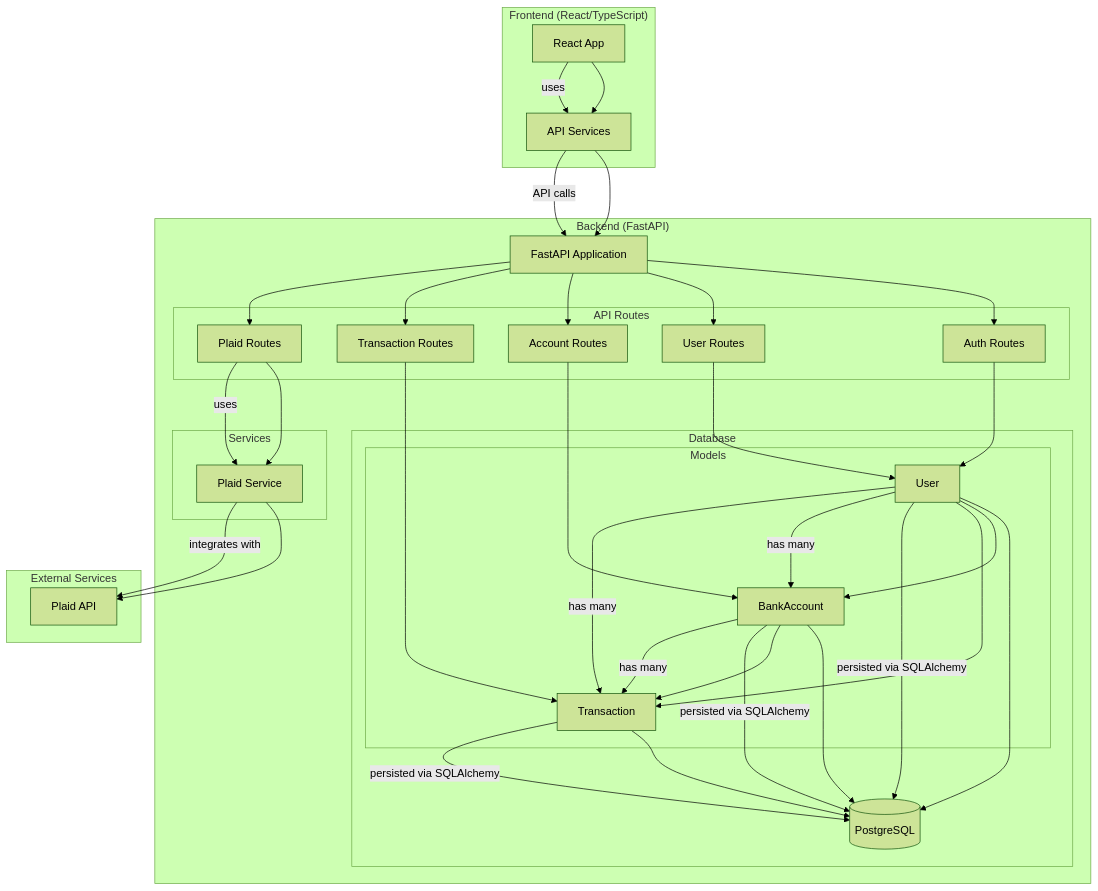
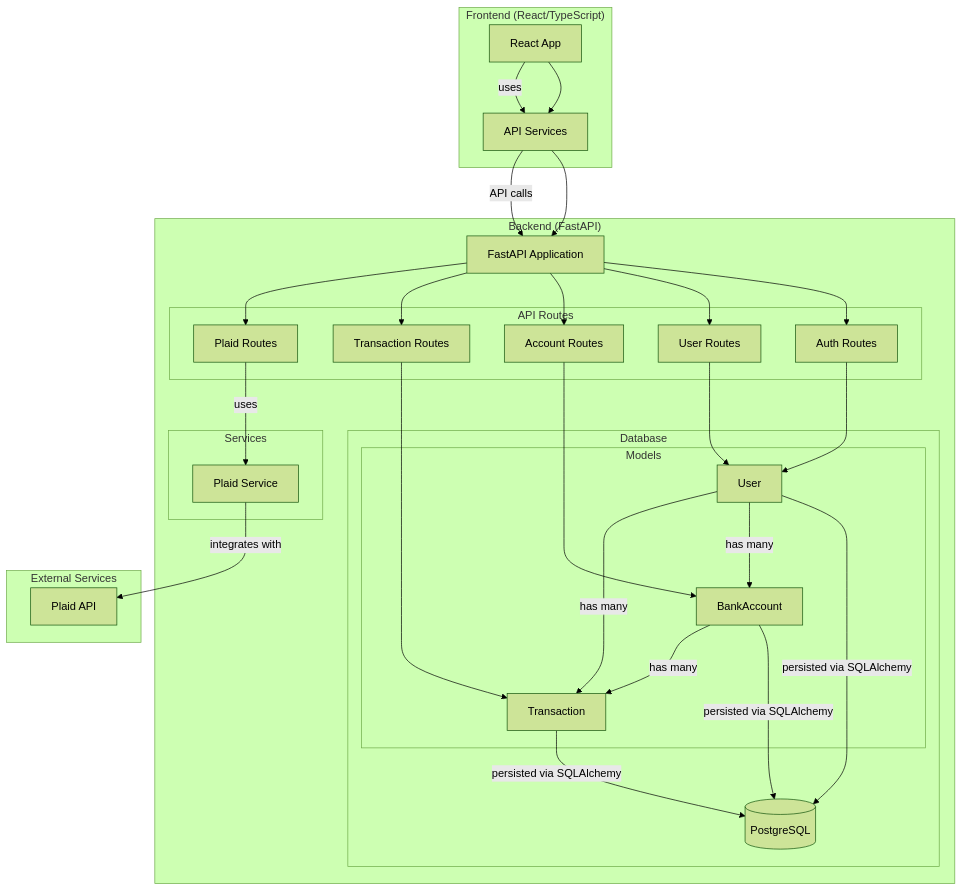
One commit to n1xreyes/my-dinero changed the diagram in docs/architecture_diagram_backend.md. Above: the diagram before and after it, drawn with Mermaid (forest theme).

Commit message:
Add backend architecture diagram

```diff
--- a/docs/architecture_diagram_backend.md
+++ b/docs/architecture_diagram_backend.md
@@ -51,27 +51,13 @@
     FastAPI --> TransactionRoutes
     FastAPI --> PlaidRoutes
 
-    %% Service connections
-    PlaidRoutes --> PlaidService
-    PlaidService --> PlaidAPI
-
     %% Database connections
     AuthRoutes --> UserModel
     UserRoutes --> UserModel
     AccountRoutes --> AccountModel
     TransactionRoutes --> TransactionModel
 
-    %% Database interactions
-    UserModel --> DB
-    AccountModel --> DB
-    TransactionModel --> DB
-
-    %% Model relationships
-    UserModel --> AccountModel
-    UserModel --> TransactionModel
-    AccountModel --> TransactionModel
-
-    %% Add labels
+    %% Labeled relationships and interactions
     ReactApp -- "uses" --> FrontendServices
     FrontendServices -- "API calls" --> FastAPI
     PlaidRoutes -- "uses" --> PlaidService
```
